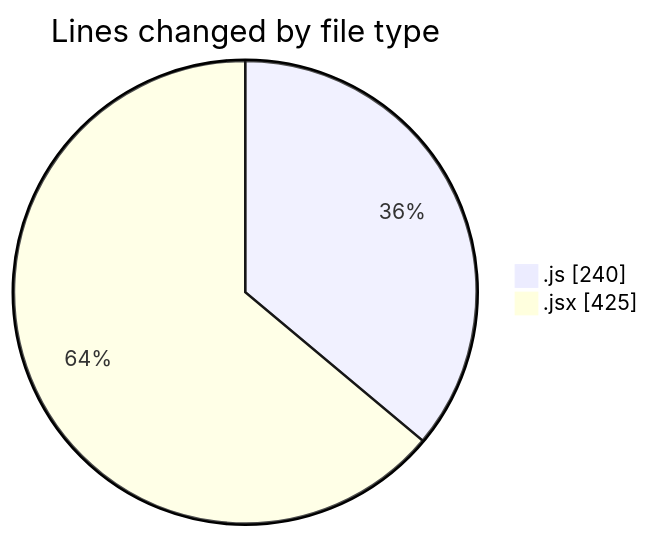
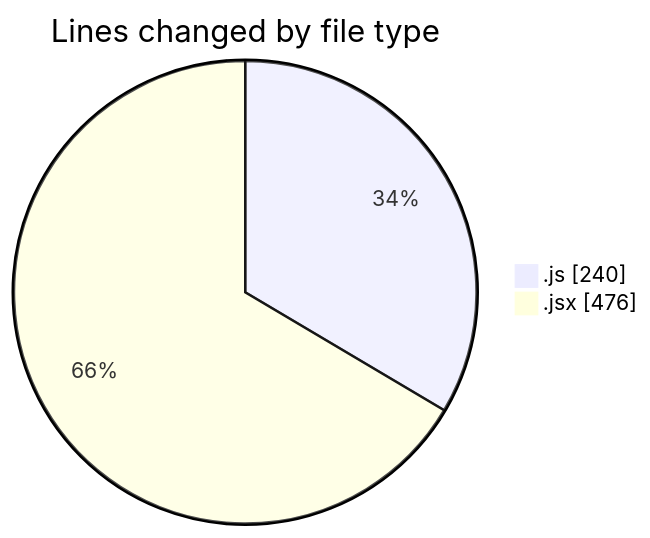
One commit to nxtqubesakshisongat/code-tracking changed the first of 2 diagrams in 2026-01-19/nxtqube_webapp/README.md. Above: the diagram before and after it, drawn with Mermaid. The commit also changed other lines of this file and 1 other file, not shown here.

````diff
--- a/2026-01-19/nxtqube_webapp/README.md
+++ b/2026-01-19/nxtqube_webapp/README.md
@@ -23,6 +23,6 @@
 ```mermaid
 pie showData
 title Lines changed by file type
 ".js" : 240
-".jsx" : 425
+".jsx" : 476
 ```
````
